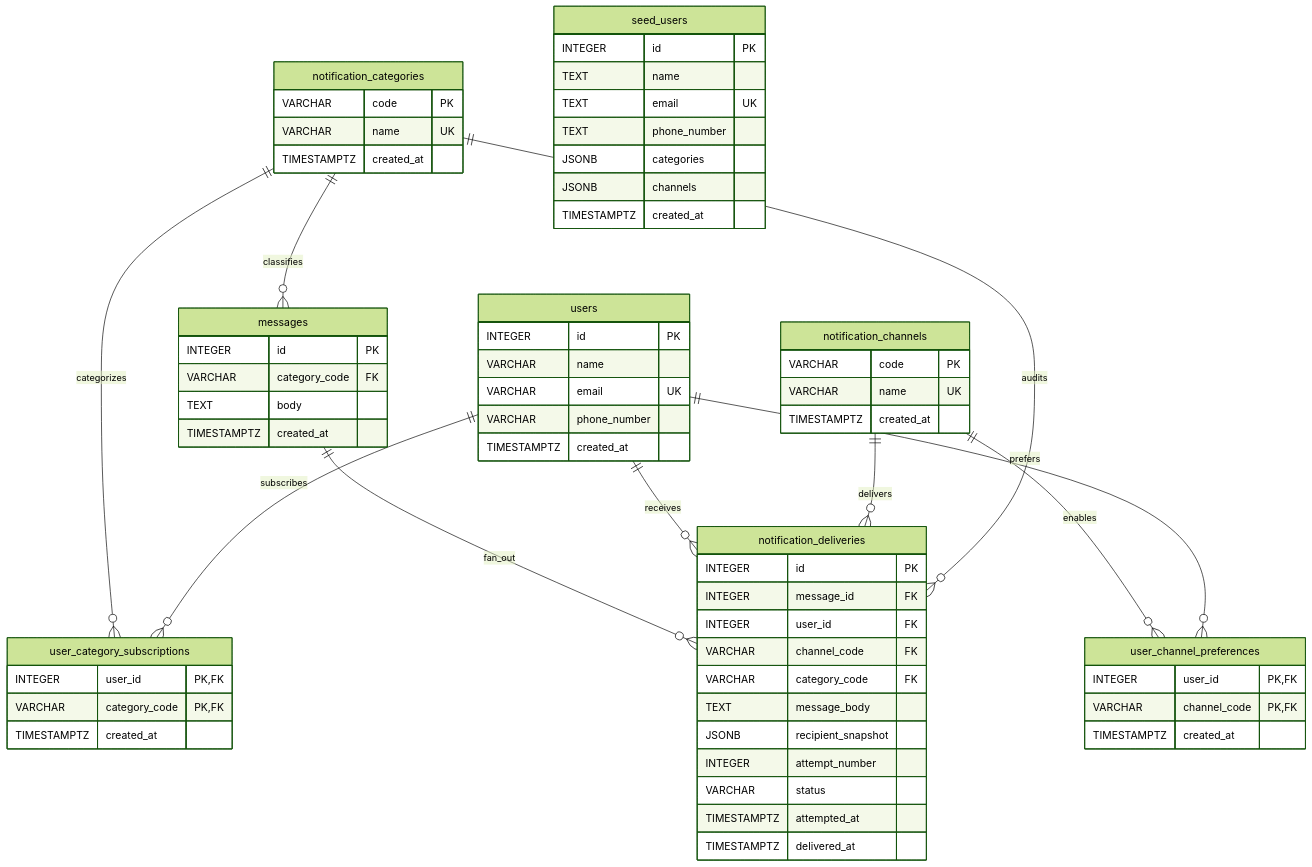
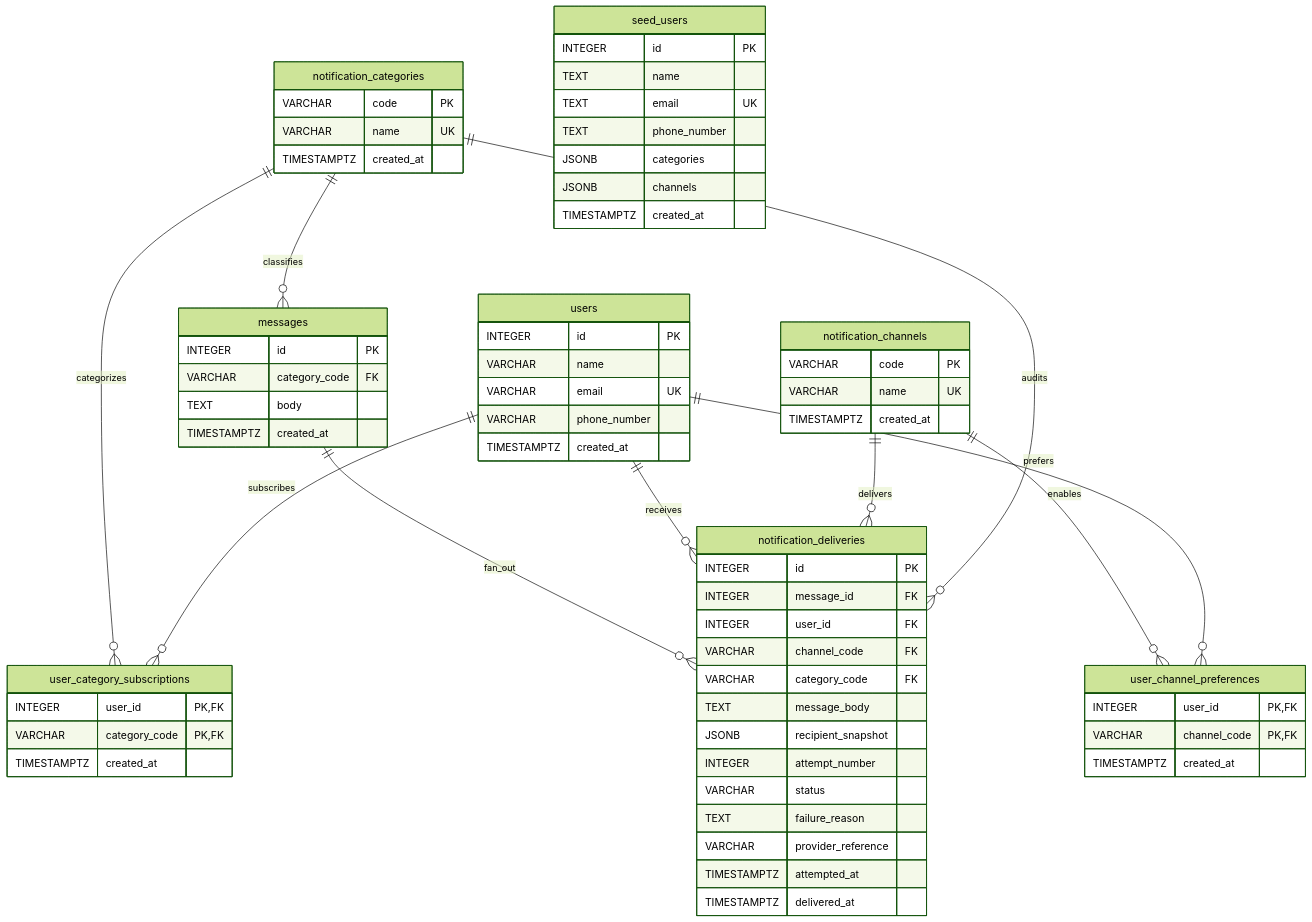
The diagram in README.md (guluarte/notification-challenge), drawn with Mermaid (forest theme) before and after one commit. The commit also changed other lines of this file and 38 other files, not shown here.

````diff
--- a/README.md
+++ b/README.md
@@ -80,68 +113,70 @@
 ```mermaid
 erDiagram
     notification_categories {
         VARCHAR code PK
         VARCHAR name UK
         TIMESTAMPTZ created_at
     }
     notification_channels {
         VARCHAR code PK
         VARCHAR name UK
         TIMESTAMPTZ created_at
     }
     users {
         INTEGER id PK
         VARCHAR name
         VARCHAR email UK
         VARCHAR phone_number
         TIMESTAMPTZ created_at
     }
     user_category_subscriptions {
         INTEGER user_id PK, FK
         VARCHAR category_code PK, FK
         TIMESTAMPTZ created_at
     }
     user_channel_preferences {
         INTEGER user_id PK, FK
         VARCHAR channel_code PK, FK
         TIMESTAMPTZ created_at
     }
     messages {
         INTEGER id PK
         VARCHAR category_code FK
         TEXT body
         TIMESTAMPTZ created_at
     }
     notification_deliveries {
         INTEGER id PK
         INTEGER message_id FK
         INTEGER user_id FK
         VARCHAR channel_code FK
         VARCHAR category_code FK
         TEXT message_body
         JSONB recipient_snapshot
         INTEGER attempt_number
         VARCHAR status
+        TEXT failure_reason
+        VARCHAR provider_reference
         TIMESTAMPTZ attempted_at
         TIMESTAMPTZ delivered_at
     }
     seed_users {
         INTEGER id PK
         TEXT name
         TEXT email UK
         TEXT phone_number
         JSONB categories
         JSONB channels
         TIMESTAMPTZ created_at
     }
 
     notification_categories ||--o{ user_category_subscriptions : categorizes
     users ||--o{ user_category_subscriptions : subscribes
     notification_channels ||--o{ user_channel_preferences : enables
     users ||--o{ user_channel_preferences : prefers
     notification_categories ||--o{ messages : classifies
     messages ||--o{ notification_deliveries : fan_out
     users ||--o{ notification_deliveries : receives
     notification_channels ||--o{ notification_deliveries : delivers
     notification_categories ||--o{ notification_deliveries : audits
 ```
````
